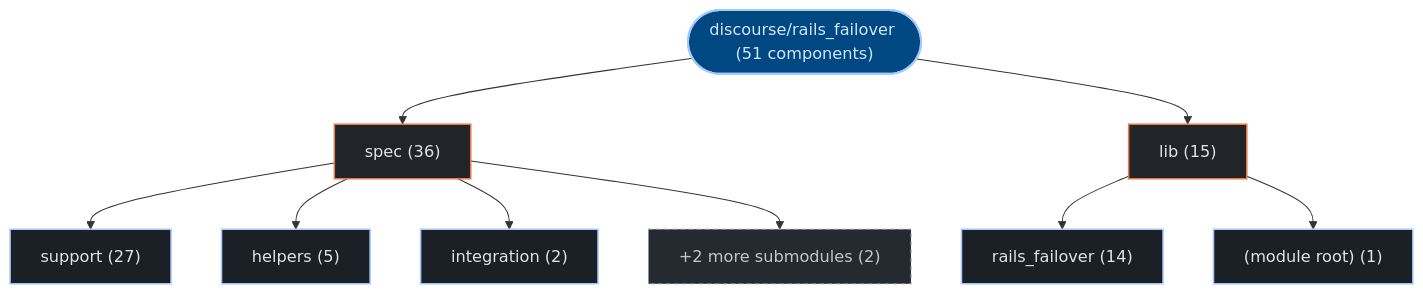
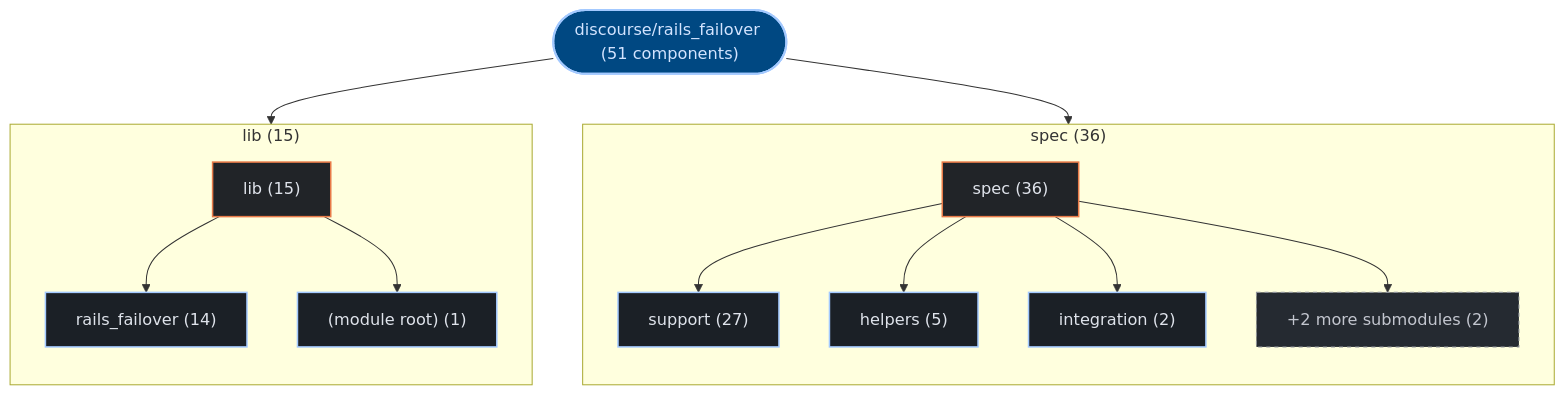
The first of 3 diagrams in exports/latest/reports/discourse-rails_failover-report.md (kumarshaz/atruss-code-atlas), drawn with Mermaid before and after one commit. The commit also changed 178 other files, not shown here.

Commit message:
feat(ui,mermaid): upgrade to mermaid v12 + ELK layout, add orgs-summary + pagination, subgraph building blocks, fix tab alignment

````diff
--- a/exports/latest/reports/discourse-rails_failover-report.md
+++ b/exports/latest/reports/discourse-rails_failover-report.md
@@ -41,27 +41,33 @@
 ```mermaid
 graph TD;
   classDef atlasRoot fill:#004882,stroke:#a3c9ff,stroke-width:2px,color:#d3e4ff
   classDef atlasCategory fill:#212428,stroke:#E87A48,stroke-width:1.5px,color:#dfe3eb
   classDef atlasWorkflow fill:#1b2026,stroke:#a3c9ff,stroke-width:1.5px,color:#dfe3eb
   classDef atlasJob fill:#171c22,stroke:#8d9199,stroke-width:1px,color:#dfe3eb
   classDef atlasTarget fill:#005227,stroke:#8bd99b,stroke-width:1.5px,color:#a7f6b6
   classDef atlasAlert fill:#93000a,stroke:#ffb4ab,stroke-width:1.5px,color:#ffdad6
   classDef atlasMore fill:#252a31,stroke:#8d9199,stroke-dasharray:4 4,color:#c3c6cf
     repo_root(["discourse/rails_failover (51 components)"]):::atlasRoot
-    dir_0_spec["spec (36)"]:::atlasCategory
+    subgraph sg_dir_0_spec["spec (36)"]
+      direction TB
+      dir_0_spec["spec (36)"]:::atlasCategory
+      sub_0_0_support["support (27)"]:::atlasWorkflow
+      dir_0_spec --> sub_0_0_support
+      sub_0_1_helpers["helpers (5)"]:::atlasWorkflow
+      dir_0_spec --> sub_0_1_helpers
+      sub_0_2_integration["integration (2)"]:::atlasWorkflow
+      dir_0_spec --> sub_0_2_integration
+      sub_0_more["+2 more submodules (2)"]:::atlasMore
+      dir_0_spec --> sub_0_more
+    end
     repo_root --> dir_0_spec
-    sub_0_0_support["support (27)"]:::atlasWorkflow
-    dir_0_spec --> sub_0_0_support
-    sub_0_1_helpers["helpers (5)"]:::atlasWorkflow
-    dir_0_spec --> sub_0_1_helpers
-    sub_0_2_integration["integration (2)"]:::atlasWorkflow
-    dir_0_spec --> sub_0_2_integration
-    sub_0_more["+2 more submodules (2)"]:::atlasMore
-    dir_0_spec --> sub_0_more
-    dir_1_lib["lib (15)"]:::atlasCategory
+    subgraph sg_dir_1_lib["lib (15)"]
+      direction TB
+      dir_1_lib["lib (15)"]:::atlasCategory
+      sub_1_0_rails_failover["rails_failover (14)"]:::atlasWorkflow
+      dir_1_lib --> sub_1_0_rails_failover
+      sub_1_1__module_root_["(module root) (1)"]:::atlasWorkflow
+      dir_1_lib --> sub_1_1__module_root_
+    end
     repo_root --> dir_1_lib
-    sub_1_0_rails_failover["rails_failover (14)"]:::atlasWorkflow
-    dir_1_lib --> sub_1_0_rails_failover
-    sub_1_1__module_root_["(module root) (1)"]:::atlasWorkflow
-    dir_1_lib --> sub_1_1__module_root_
 ```
````
